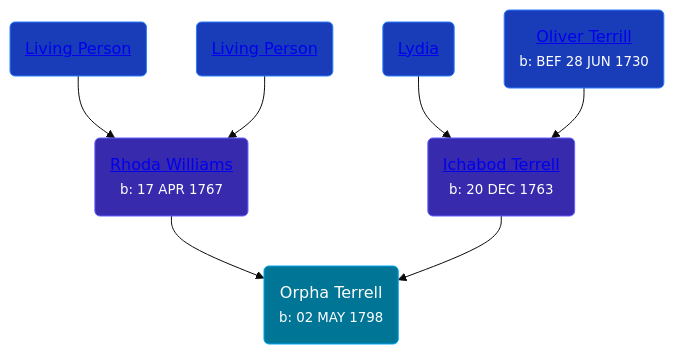
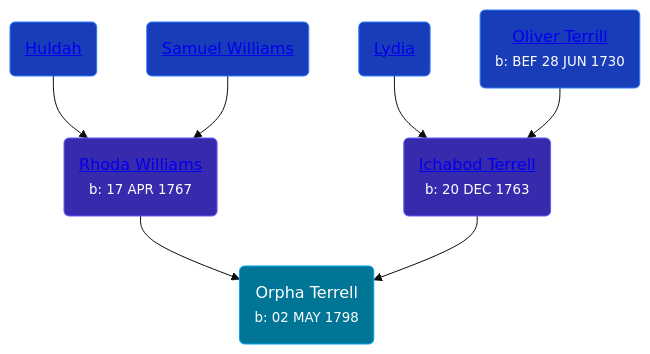
Before and after one commit to wpmgotkh/wpmgotkh.github.io: the diagram in pages/people/6/62971808.md, drawn with Mermaid (base theme). The commit also changed 586 other files, not shown here.

Commit message:
feat: better shouldConsiderPersonLiving algo

````diff
--- a/pages/people/6/62971808.md
+++ b/pages/people/6/62971808.md
@@ -10,13 +10,13 @@
 ```mermaid
 graph
 classDef grands fill:#193cb8,stroke:#2b7fff,stroke-width:1px,color:#fff;
 classDef parents fill:#372aac,stroke:#615fff,stroke-width:1px,color:#fff;
 classDef primary fill:#007595,stroke:#00a6f4,stroke-width:1px,color:#fff;
 62971808(Orpha Terrell<br /><small>b: 02 MAY 1798</small>):::primary
 220352(<a class="text-white" href="/people/2/220352">Rhoda Williams</a><br /><small>b: 17 APR 1767</small>):::parents-->62971808
-62871690(<a class="text-white" href="/people/6/62871690">Living Person</a>):::grands-->220352
-55971024(<a class="text-white" href="/people/5/55971024">Living Person</a>):::grands-->220352
+62871690(<a class="text-white" href="/people/6/62871690">Huldah </a>):::grands-->220352
+55971024(<a class="text-white" href="/people/5/55971024">Samuel Williams</a>):::grands-->220352
 66420816(<a class="text-white" href="/people/6/66420816">Ichabod Terrell</a><br /><small>b: 20 DEC 1763</small>):::parents-->62971808
 18213296(<a class="text-white" href="/people/1/18213296">Lydia </a>):::grands-->66420816
 94505283(<a class="text-white" href="/people/9/94505283">Oliver Terrill</a><br /><small>b: BEF 28 JUN 1730</small>):::grands-->66420816
 ```
````
